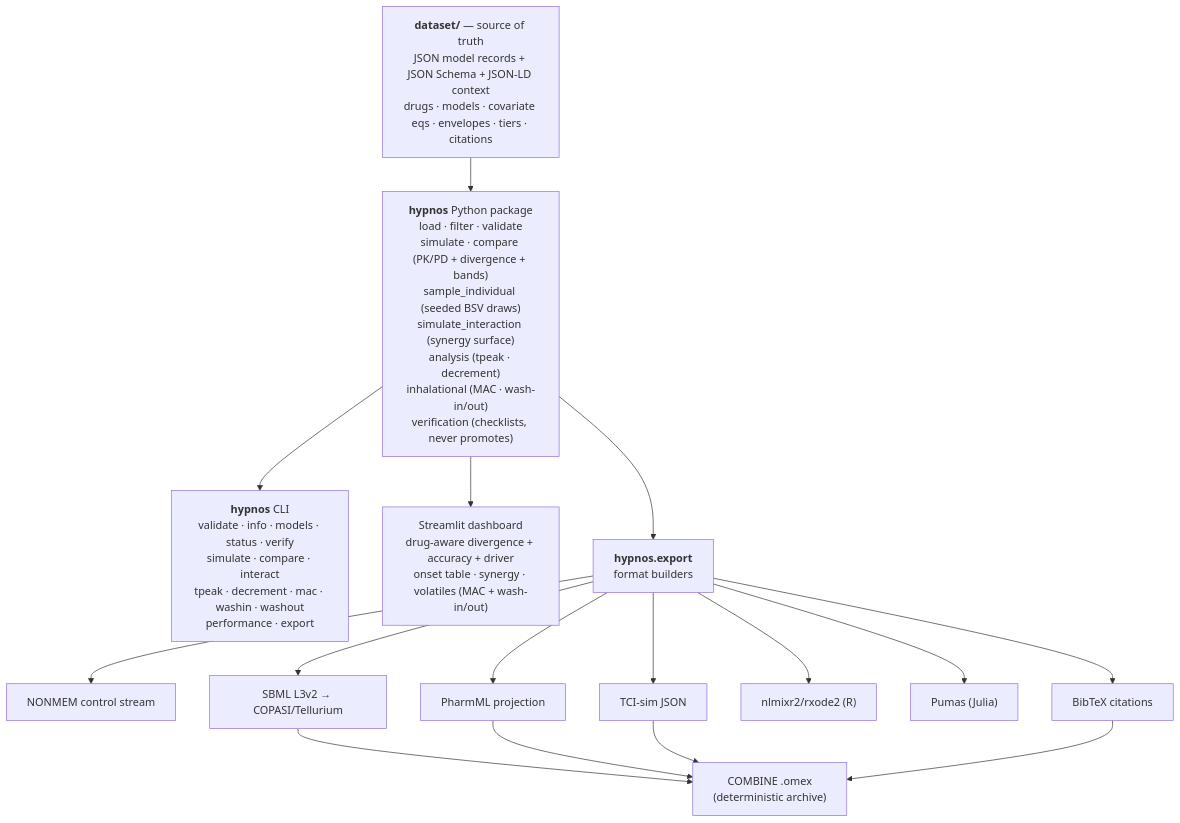
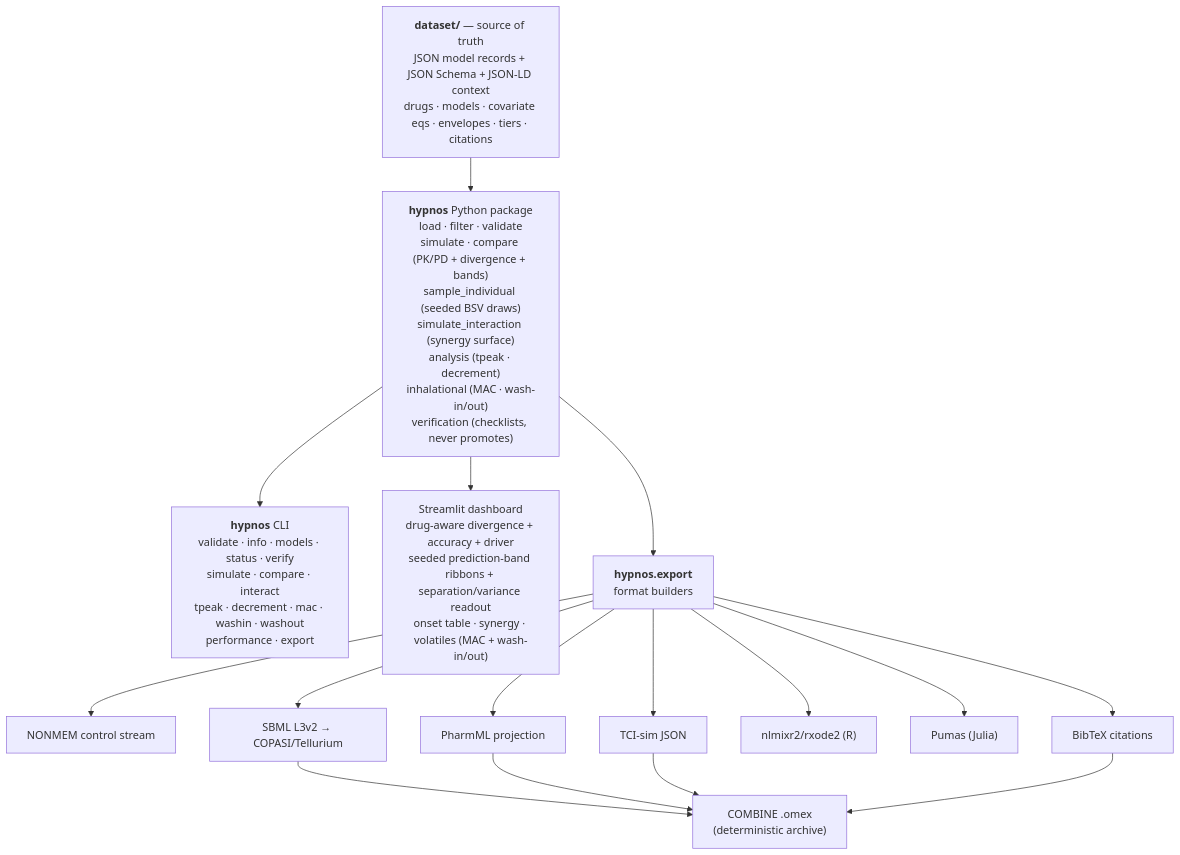
Before and after one commit to clay-good/hypnos: the first of 3 diagrams in README.md, drawn with Mermaid. The commit also changed other lines of this file and 4 other files, not shown here.

First line of the commit message:
Dashboard prediction-band ribbons — the v0.2 view goes live (V2 done)

````diff
--- a/README.md
+++ b/README.md
@@ -246,19 +248,19 @@
 ```mermaid
 flowchart TD
     DS["<b>dataset/</b> — source of truth<br/>JSON model records + JSON Schema + JSON-LD context<br/>drugs · models · covariate eqs · envelopes · tiers · citations"]
     DS --> PKG["<b>hypnos</b> Python package<br/>load · filter · validate<br/>simulate · compare (PK/PD + divergence + bands)<br/>sample_individual (seeded BSV draws)<br/>simulate_interaction (synergy surface)<br/>analysis (tpeak · decrement)<br/>inhalational (MAC · wash-in/out)<br/>verification (checklists, never promotes)"]
     PKG --> CLI["<b>hypnos</b> CLI<br/>validate · info · models · status · verify<br/>simulate · compare · interact<br/>tpeak · decrement · mac · washin · washout<br/>performance · export"]
-    PKG --> DASH["Streamlit dashboard<br/>drug-aware divergence + accuracy + driver<br/>onset table · synergy · volatiles (MAC + wash-in/out)"]
+    PKG --> DASH["Streamlit dashboard<br/>drug-aware divergence + accuracy + driver<br/>seeded prediction-band ribbons + separation/variance readout<br/>onset table · synergy · volatiles (MAC + wash-in/out)"]
     PKG --> EXP["<b>hypnos.export</b><br/>format builders"]
     EXP --> NM["NONMEM control stream"]
     EXP --> PHARMML["PharmML projection"]
     EXP --> SBML["SBML L3v2 → COPASI/Tellurium"]
     EXP --> TCIJSON["TCI-sim JSON"]
     EXP --> RX["nlmixr2/rxode2 (R)"]
     EXP --> PUMAS["Pumas (Julia)"]
     EXP --> BIB["BibTeX citations"]
     SBML --> OMEX["COMBINE .omex<br/>(deterministic archive)"]
     PHARMML --> OMEX
     TCIJSON --> OMEX
     BIB --> OMEX
 ```
````
